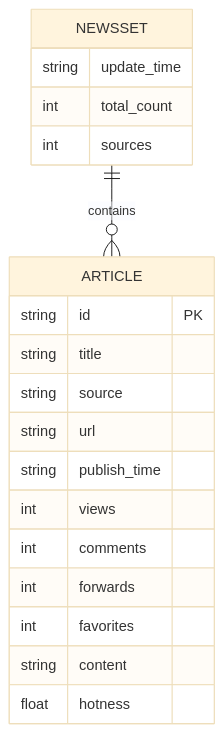
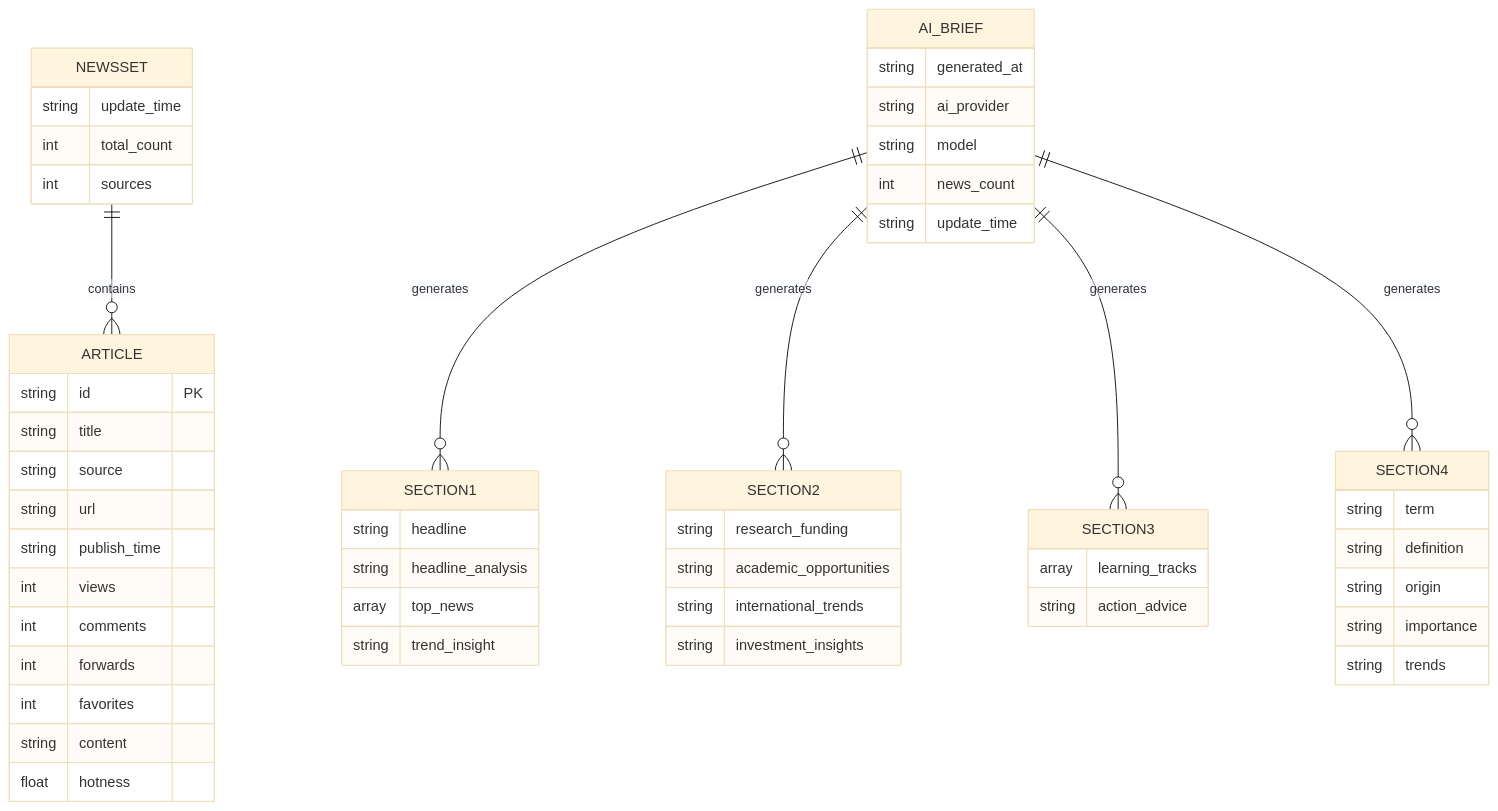
One commit to junxie01/daily_news changed the fourth of 4 diagrams in .qoder/repowiki/en/content/Data Management.md. Above: the diagram before and after it, drawn with Mermaid (base theme). The commit also changed other lines of this file and 3 other files, not shown here.

````diff
--- a/.qoder/repowiki/en/content/Data Management.md
+++ b/.qoder/repowiki/en/content/Data Management.md
@@ -338,22 +461,56 @@
 ```mermaid
 erDiagram
 NEWSSET {
 string update_time
 int total_count
 int sources
 }
 ARTICLE {
 string id PK
 string title
 string source
 string url
 string publish_time
 int views
 int comments
 int forwards
 int favorites
 string content
 float hotness
 }
+AI_BRIEF {
+string generated_at
+string ai_provider
+string model
+int news_count
+string update_time
+}
+SECTION1 {
+string headline
+string headline_analysis
+array top_news
+string trend_insight
+}
+SECTION2 {
+string research_funding
+string academic_opportunities
+string international_trends
+string investment_insights
+}
+SECTION3 {
+array learning_tracks
+string action_advice
+}
+SECTION4 {
+string term
+string definition
+string origin
+string importance
+string trends
+}
 NEWSSET ||--o{ ARTICLE : "contains"
+AI_BRIEF ||--o{ SECTION1 : "generates"
+AI_BRIEF ||--o{ SECTION2 : "generates"
+AI_BRIEF ||--o{ SECTION3 : "generates"
+AI_BRIEF ||--o{ SECTION4 : "generates"
 ```
````
